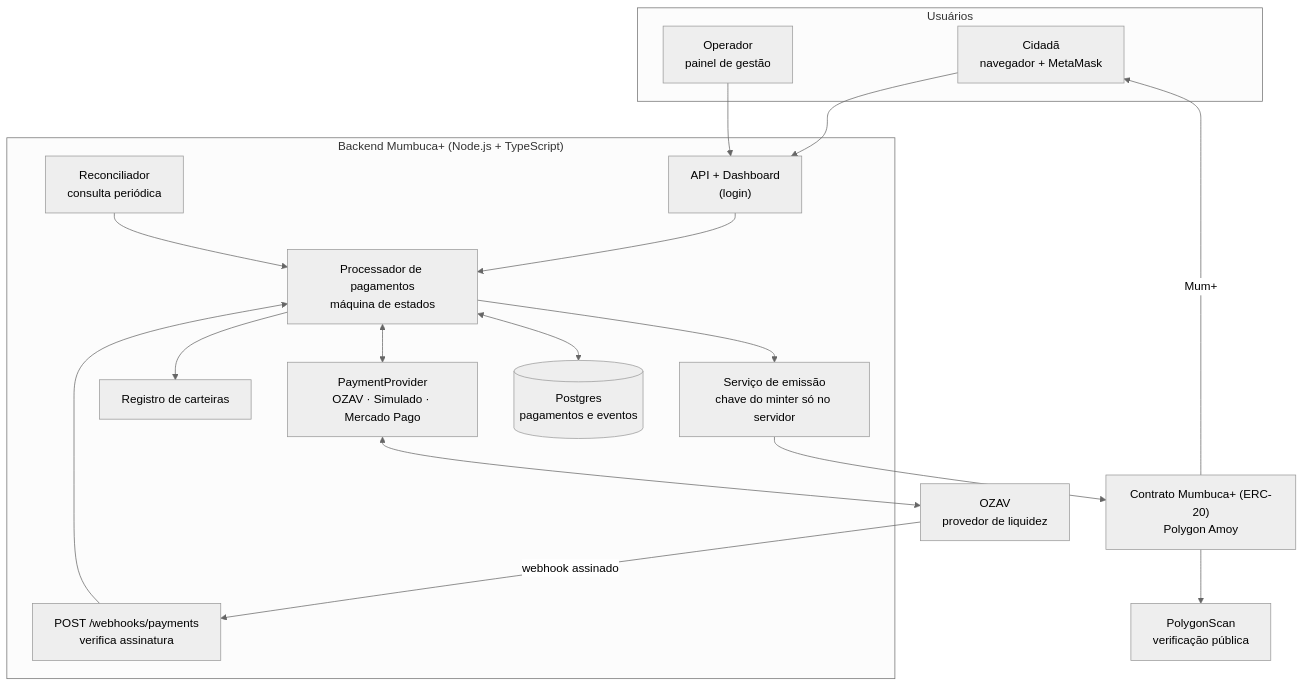
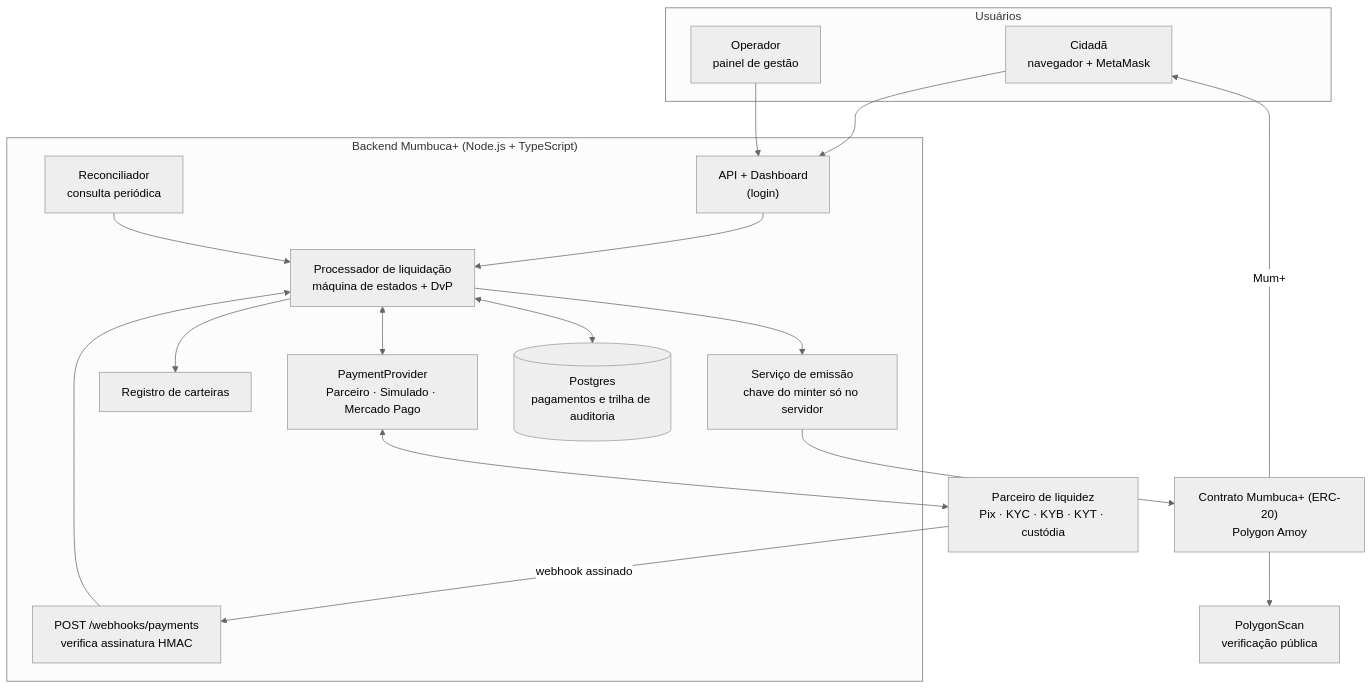
One commit to Peragus01/Mumbuca-plus changed the second of 4 diagrams in README.md. Above: the diagram before and after it, drawn with Mermaid (neutral theme). The commit also changed other lines of this file and 1 other file, not shown here.

````diff
--- a/README.md
+++ b/README.md
@@ -137,34 +163,34 @@
 ```mermaid
 flowchart TB
     subgraph Usuarios["Usuários"]
         C["Cidadã<br/>navegador + MetaMask"]
         O["Operador<br/>painel de gestão"]
     end
 
     subgraph Backend["Backend Mumbuca+ (Node.js + TypeScript)"]
         API["API + Dashboard<br/>(login)"]
-        WH["POST /webhooks/payments<br/>verifica assinatura"]
-        PP["PaymentProvider<br/>OZAV · Simulado · Mercado Pago"]
-        PROC["Processador de pagamentos<br/>máquina de estados"]
+        WH["POST /webhooks/payments<br/>verifica assinatura HMAC"]
+        PP["PaymentProvider<br/>Parceiro · Simulado · Mercado Pago"]
+        PROC["Processador de liquidação<br/>máquina de estados + DvP"]
         REC["Reconciliador<br/>consulta periódica"]
         WR["Registro de carteiras"]
         MS["Serviço de emissão<br/>chave do minter só no servidor"]
-        DB[("Postgres<br/>pagamentos e eventos")]
+        DB[("Postgres<br/>pagamentos e trilha de auditoria")]
     end
 
-    OZ["OZAV<br/>provedor de liquidez"]
+    LP["Parceiro de liquidez<br/>Pix · KYC · KYB · KYT · custódia"]
     SC["Contrato Mumbuca+ (ERC-20)<br/>Polygon Amoy"]
     EX["PolygonScan<br/>verificação pública"]
 
     C --> API
     O --> API
     API --> PROC
-    OZ -->|webhook assinado| WH --> PROC
+    LP -->|webhook assinado| WH --> PROC
     REC --> PROC
-    PROC <--> PP <--> OZ
+    PROC <--> PP <--> LP
     PROC --> WR
     PROC --> MS --> SC
     PROC <--> DB
     SC --> EX
     SC -->|Mum+| C
 ```
````
